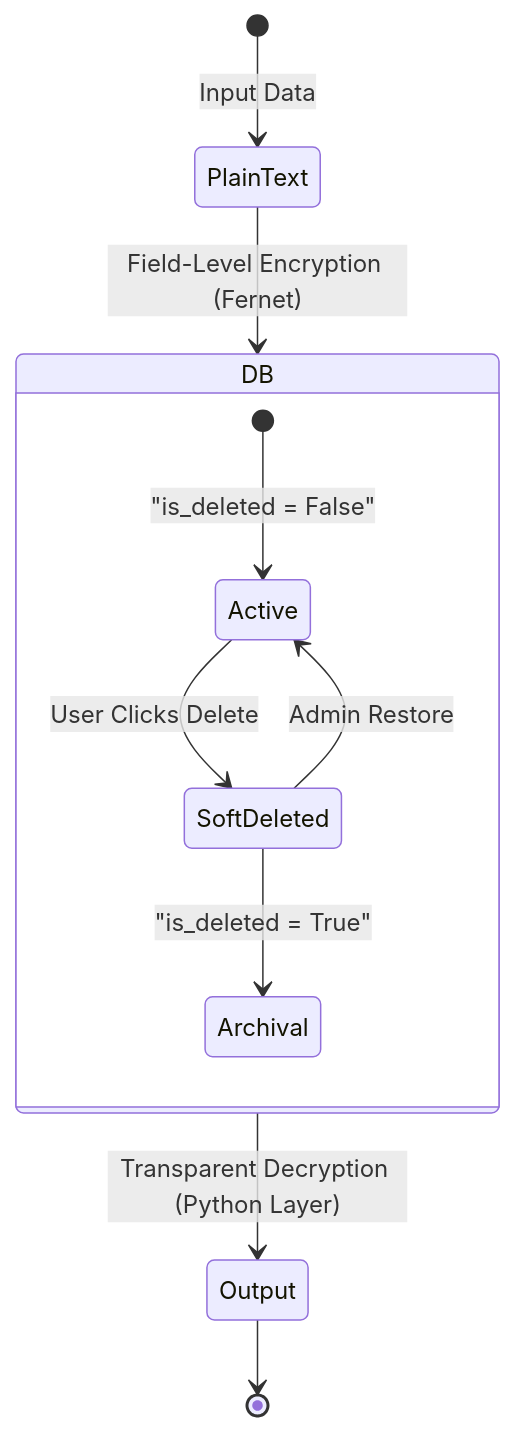
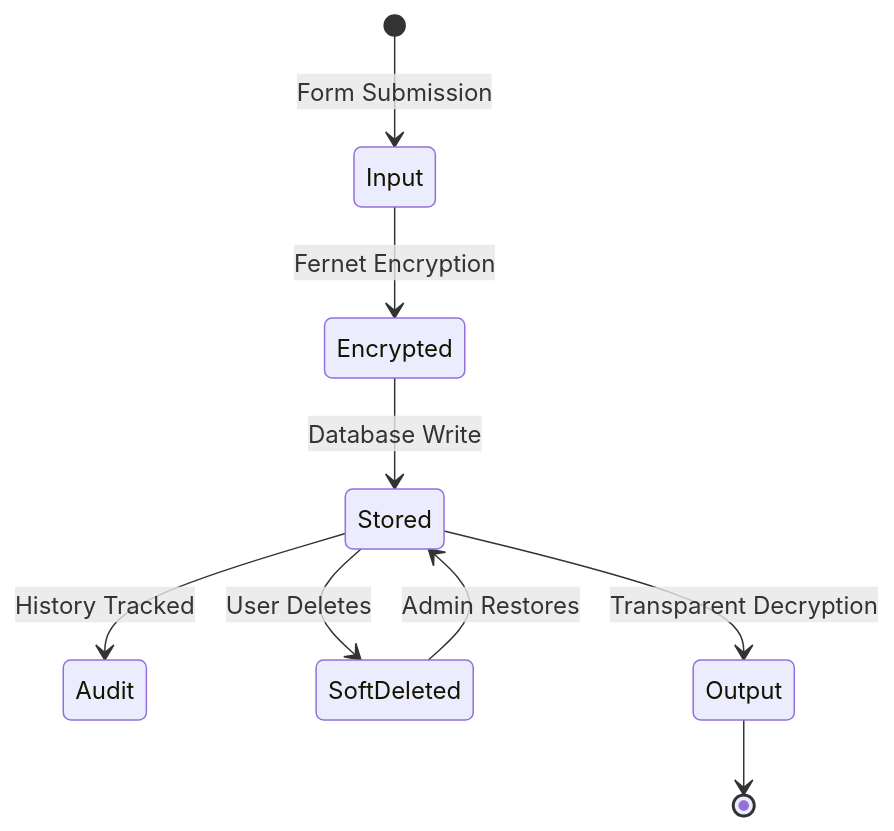
One commit to neoastra303/Remedium-HMS changed the third of 3 diagrams in README.md. Above: the diagram before and after it, drawn with Mermaid. The commit also changed other lines of this file and 1 other file, not shown here.

````diff
--- a/README.md
+++ b/README.md
@@ -113,13 +150,11 @@
 ```mermaid
 stateDiagram-v2
-    [*] --> PlainText: Input Data
-    PlainText --> DB: Field-Level Encryption (Fernet)
-    state DB {
-        [*] --> Active: "is_deleted = False"
-        Active --> SoftDeleted: User Clicks Delete
-        SoftDeleted --> Active: Admin Restore
-        SoftDeleted --> Archival: "is_deleted = True"
-    }
-    DB --> Output: Transparent Decryption (Python Layer)
+    [*] --> Input: Form Submission
+    Input --> Encrypted: Fernet Encryption
+    Encrypted --> Stored: Database Write
+    Stored --> Audit: History Tracked
+    Stored --> SoftDeleted: User Deletes
+    SoftDeleted --> Stored: Admin Restores
+    Stored --> Output: Transparent Decryption
     Output --> [*]
 ```
````
